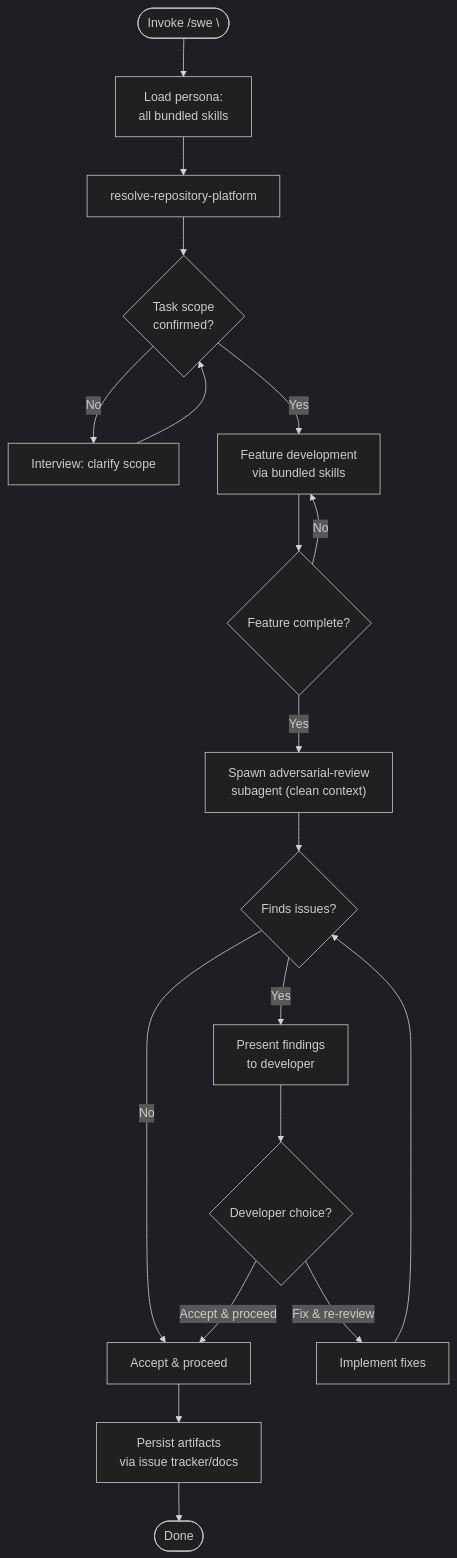
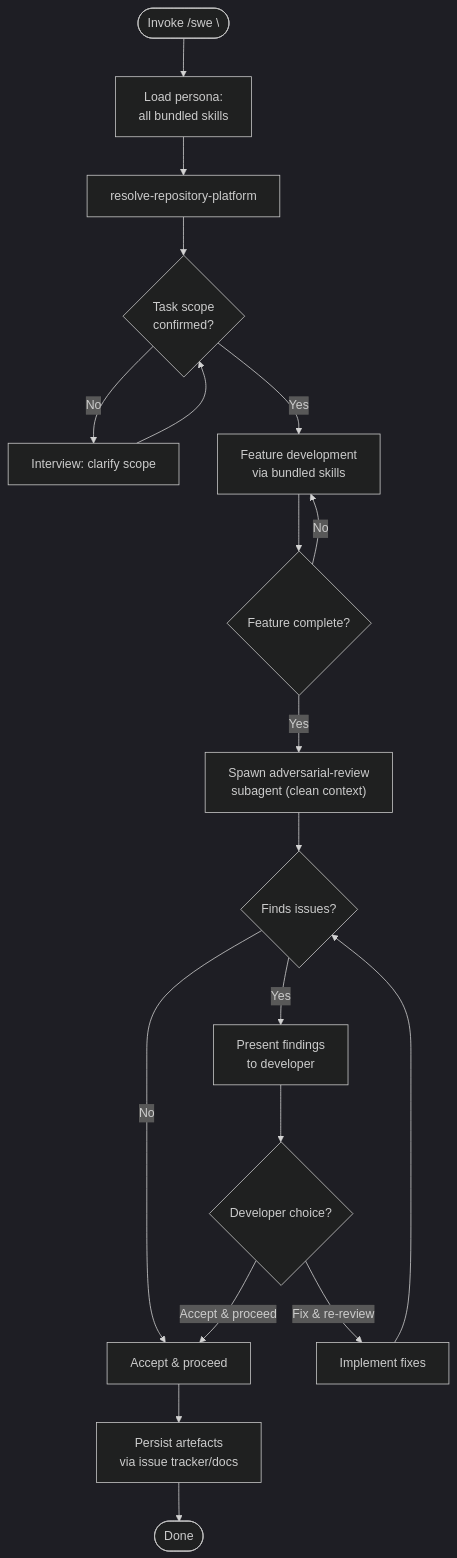
Before and after one commit to MegaByteMark/skills-to-pay-the-ai-bills: the diagram in skills/swe/SKILL.md, drawn with Mermaid (dark theme). The commit also changed other lines of this file and 11 other files, not shown here.

````diff
--- a/skills/swe/SKILL.md
+++ b/skills/swe/SKILL.md
@@ -24,21 +24,21 @@
 ```mermaid
 flowchart TD
     START(["Invoke /swe \<context\>"]) --> LOAD["Load persona:<br>all bundled skills"]
     LOAD --> PLATFORM["resolve-repository-platform"]
     PLATFORM --> TASK{Task scope<br>confirmed?}
     TASK -->|No| CLARIFY["Interview: clarify scope"]
     CLARIFY --> TASK
     TASK -->|Yes| DEVELOP["Feature development<br>via bundled skills"]
     DEVELOP --> COMPLETE{Feature complete?}
     COMPLETE -->|No| DEVELOP
     COMPLETE -->|Yes| SPAWN_REVIEW["Spawn adversarial-review<br>subagent (clean context)"]
     SPAWN_REVIEW --> FINDINGS{Finds issues?}
     FINDINGS -->|No| ACCEPT["Accept & proceed"]
-    ACCEPT --> PERSIST["Persist artifacts<br>via issue tracker/docs"]
+    ACCEPT --> PERSIST["Persist artefacts<br>via issue tracker/docs"]
     PERSIST --> DONE(["Done"])
     FINDINGS -->|Yes| PRESENT["Present findings<br>to developer"]
     PRESENT --> DECIDE{Developer choice?}
     DECIDE -->|Fix & re-review| FIX["Implement fixes"]
     FIX --> FINDINGS
     DECIDE -->|Accept & proceed| ACCEPT
 ```
````
